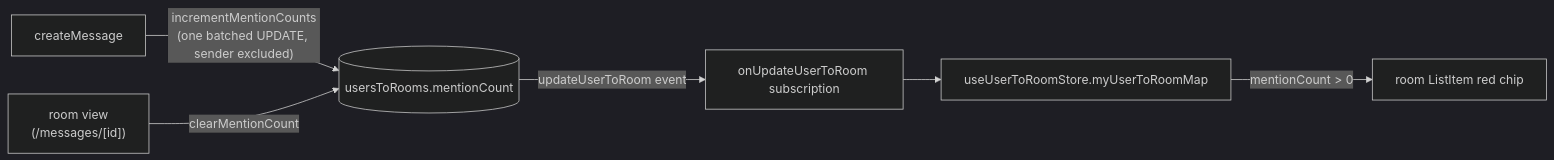
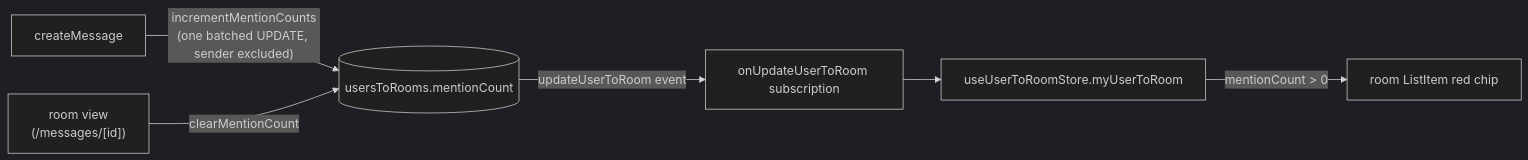
One commit to Esposter/Esposter changed the diagram in packages/app/content/docs/esbabbler/mention-badges.md. Above: the diagram before and after it, drawn with Mermaid (dark theme). The commit also changed 16 other files, not shown here.

````diff
--- a/packages/app/content/docs/esbabbler/mention-badges.md
+++ b/packages/app/content/docs/esbabbler/mention-badges.md
@@ -18,8 +18,8 @@
 ```mermaid
 flowchart LR
   CM["createMessage"] -->|"incrementMentionCounts<br/>(one batched UPDATE, sender excluded)"| DB[("usersToRooms.mentionCount")]
   VIEW["room view<br/>(/messages/[id])"] -->|"clearMentionCount"| DB
   DB -->|"updateUserToRoom event"| SUB["onUpdateUserToRoom subscription"]
-  SUB --> STORE["useUserToRoomStore.myUserToRoomMap"]
+  SUB --> STORE["useUserToRoomStore.myUserToRoom"]
   STORE -->|"mentionCount > 0"| CHIP["room ListItem red chip"]
 ```
````
